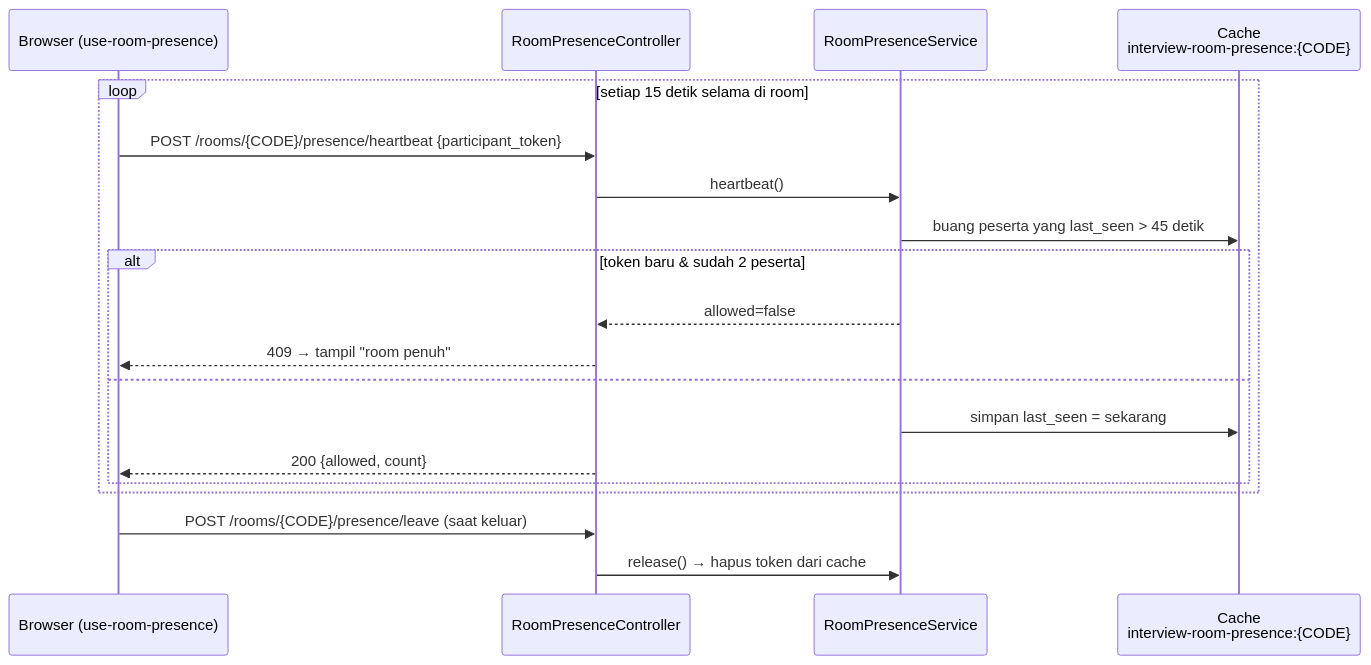
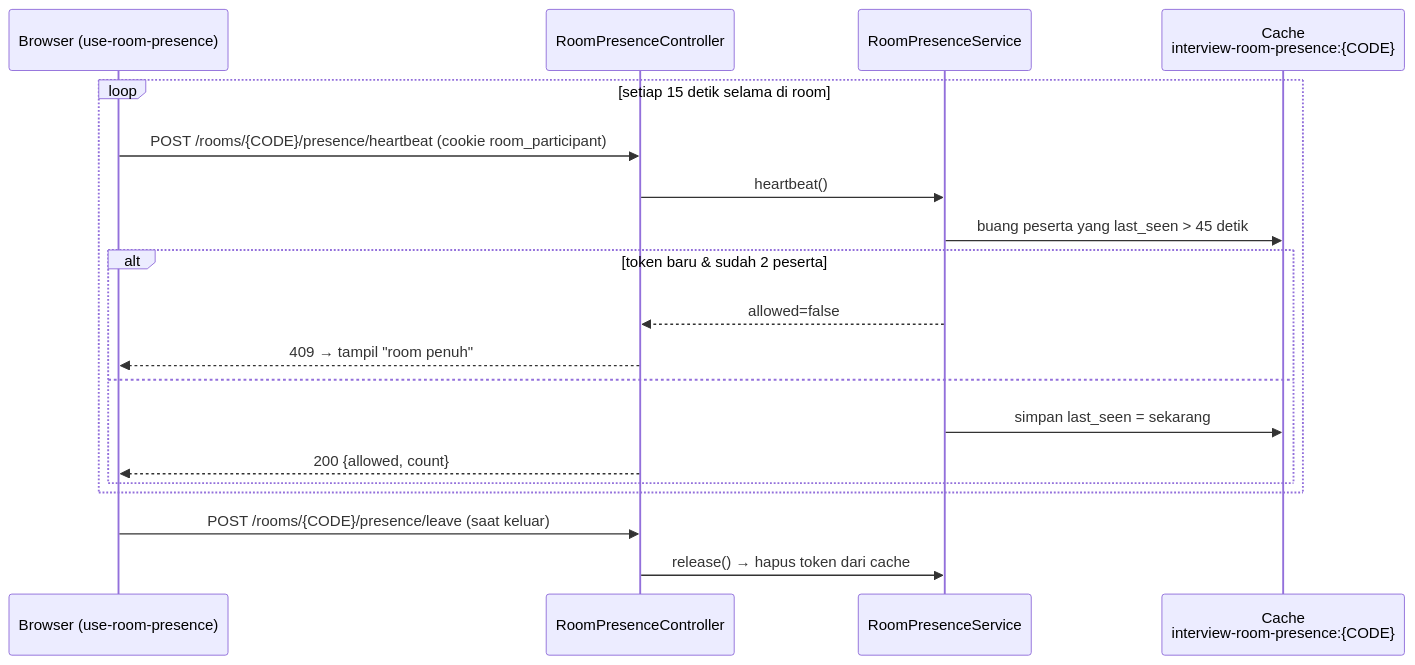
The fourth of 10 diagrams in docs/FLOWS.md (MRadhityaUtomo/ai-interviewer-test), drawn with Mermaid before and after one commit. The commit also changed other lines of this file and 37 other files, not shown here.

````diff
--- a/docs/FLOWS.md
+++ b/docs/FLOWS.md
@@ -110,23 +112,23 @@
 ```mermaid
 sequenceDiagram
     participant B as Browser (use-room-presence)
     participant C as RoomPresenceController
     participant S as RoomPresenceService
     participant K as Cache<br/>interview-room-presence:{CODE}
 
     loop setiap 15 detik selama di room
-        B->>C: POST /rooms/{CODE}/presence/heartbeat {participant_token}
+        B->>C: POST /rooms/{CODE}/presence/heartbeat (cookie room_participant)
         C->>S: heartbeat()
         S->>K: buang peserta yang last_seen > 45 detik
         alt token baru & sudah 2 peserta
             S-->>C: allowed=false
             C-->>B: 409 → tampil "room penuh"
         else
             S->>K: simpan last_seen = sekarang
             C-->>B: 200 {allowed, count}
         end
     end
 
     B->>C: POST /rooms/{CODE}/presence/leave (saat keluar)
     C->>S: release() → hapus token dari cache
 ```
````
